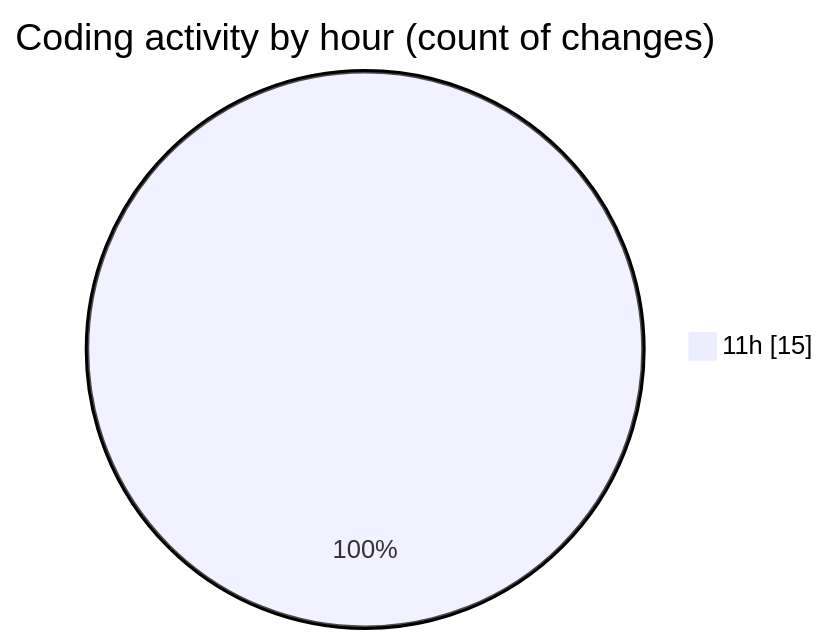
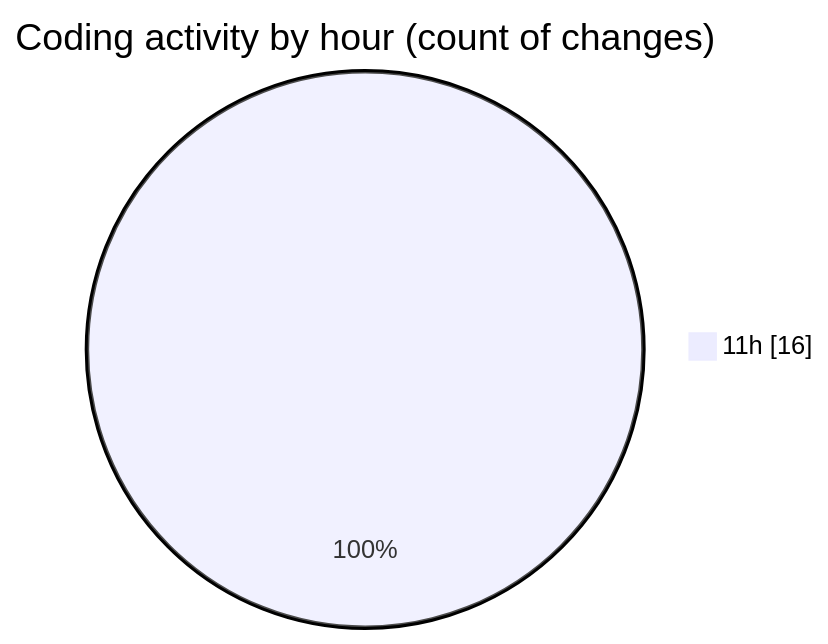
Before and after one commit to Netris89/code-tracking: the second of 2 diagrams in 2025-03-26/back-end/README.md, drawn with Mermaid. The commit also changed other lines of this file and 1 other file, not shown here.

````diff
--- a/2025-03-26/back-end/README.md
+++ b/2025-03-26/back-end/README.md
@@ -39,5 +40,5 @@
 ```mermaid
 pie showData
 title Coding activity by hour (count of changes)
-"11h" : 15
+"11h" : 16
 ```
````
